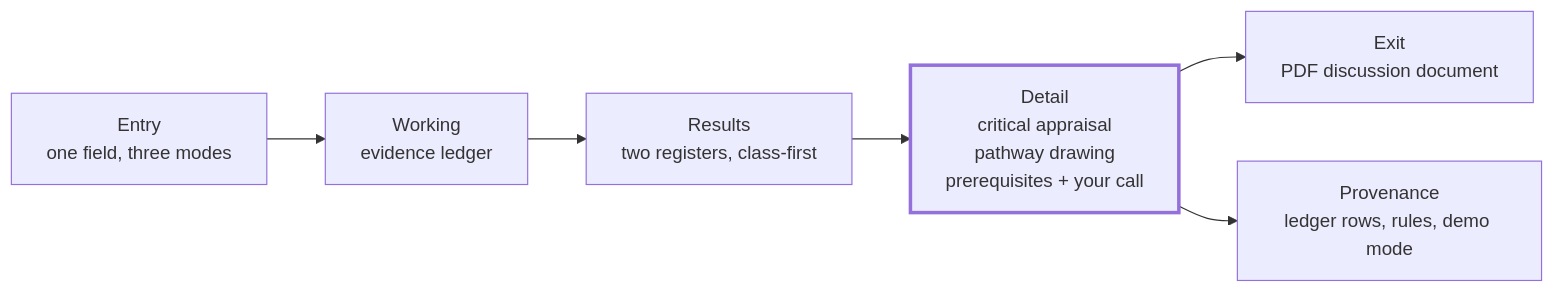
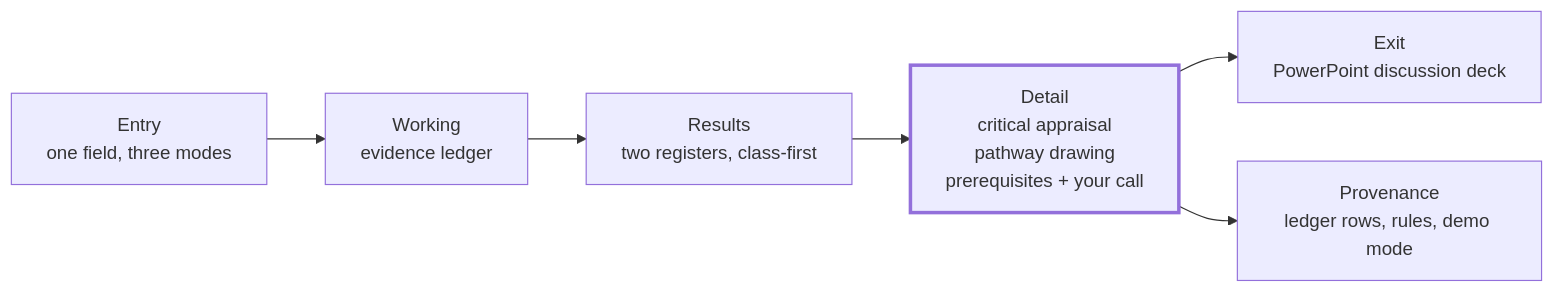
The diagram in PRD Elute.md (IvanRatushnyy/HackMIT), drawn with Mermaid before and after one commit. The commit also changed other lines of this file and 232 other files, not shown here.

````diff
--- a/PRD Elute.md
+++ b/PRD Elute.md
@@ -199,9 +201,9 @@
 ```mermaid
 flowchart LR
   E[Entry<br/>one field, three modes] --> W[Working<br/>evidence ledger]
   W --> R[Results<br/>two registers, class-first]
   R --> D[Detail<br/>critical appraisal<br/>pathway drawing<br/>prerequisites + your call]
-  D --> X[Exit<br/>PDF discussion document]
+  D --> X[Exit<br/>PowerPoint discussion deck]
   D --> P[Provenance<br/>ledger rows, rules, demo mode]
   style D stroke-width:3px
 ```
````
